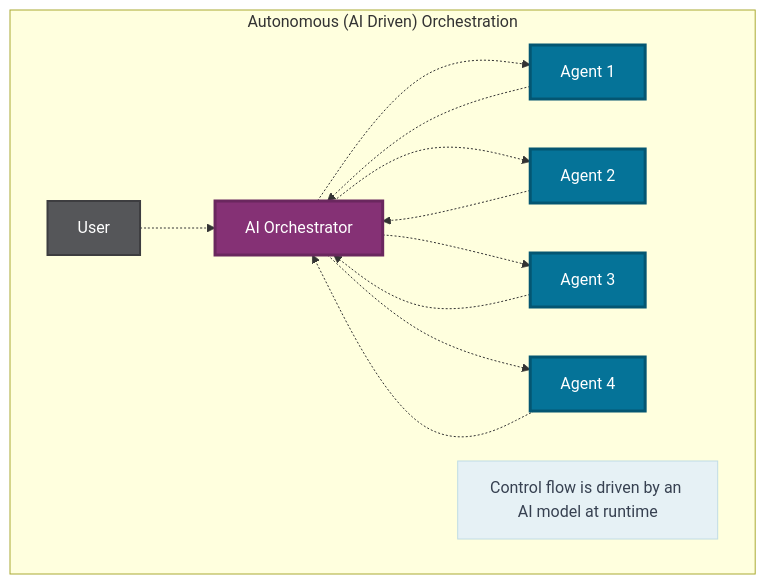
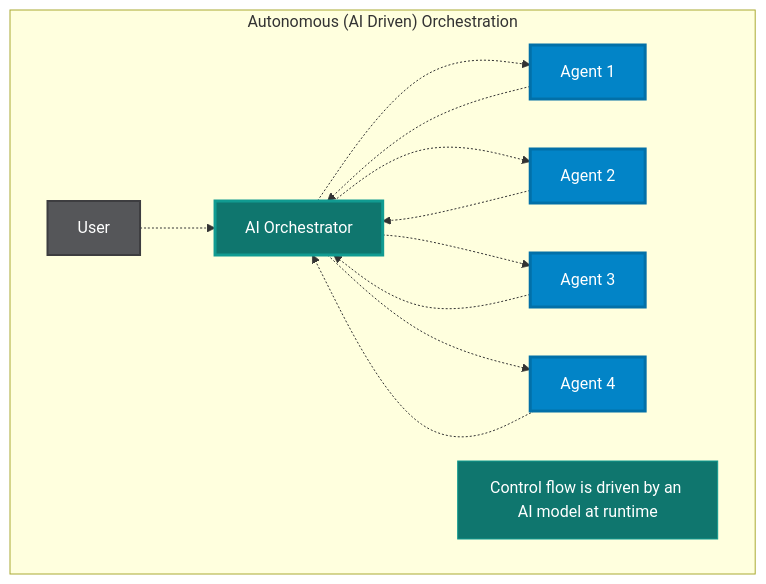
The fourth of 5 diagrams in docs/concepts/ai-agents.md (nitin27may/ai-resources), drawn with Mermaid before and after one commit. The commit also changed other lines of this file and 84 other files, not shown here.

````diff
--- a/docs/concepts/ai-agents.md
+++ b/docs/concepts/ai-agents.md
@@ -224,32 +321,32 @@
 ```mermaid 
 %% Autonomous (AI Driven) Orchestration
 graph TD
     subgraph "Autonomous (AI Driven) Orchestration"
         User2[User] -.-> Orchestrator[AI Orchestrator]
         
         Orchestrator -.-> AgentA1[Agent 1]
         Orchestrator -.-> AgentA2[Agent 2]
         Orchestrator -.-> AgentA3[Agent 3]
         Orchestrator -.-> AgentA4[Agent 4]
         
         AgentA1 -.-> Orchestrator
         AgentA2 -.-> Orchestrator
         AgentA3 -.-> Orchestrator
         AgentA4 -.-> Orchestrator
         
         Note2["Control flow is driven by an AI model at runtime"]
         
     end
 
 %% Styling
 classDef userStyle fill:#555659,stroke:#3D3D40,stroke-width:2px,color:#fff
-classDef agentStyle fill:#057398,stroke:#045672,stroke-width:3px,color:#fff
-classDef orchestratorStyle fill:#853175,stroke:#6A275E,stroke-width:3px,color:#fff
-classDef noteStyle fill:#E6F1F5,stroke:#C0DCE5,stroke-width:1px,color:#374151
+classDef agentStyle fill:#0284c7,stroke:#0270a8,stroke-width:3px,color:#fff
+classDef orchestratorStyle fill:#0f766e,stroke:#119b91,stroke-width:3px,color:#fff
+classDef noteStyle fill:#0f766e,stroke:#119b91,stroke-width:1px,color:#fff
 
 class User1,User2 userStyle
 class Agent1,Agent2,Agent3,AgentA1,AgentA2,AgentA3,AgentA4 agentStyle
 class Orchestrator orchestratorStyle
 class Note1,Note2,Patterns noteStyle
 
 ```
````
